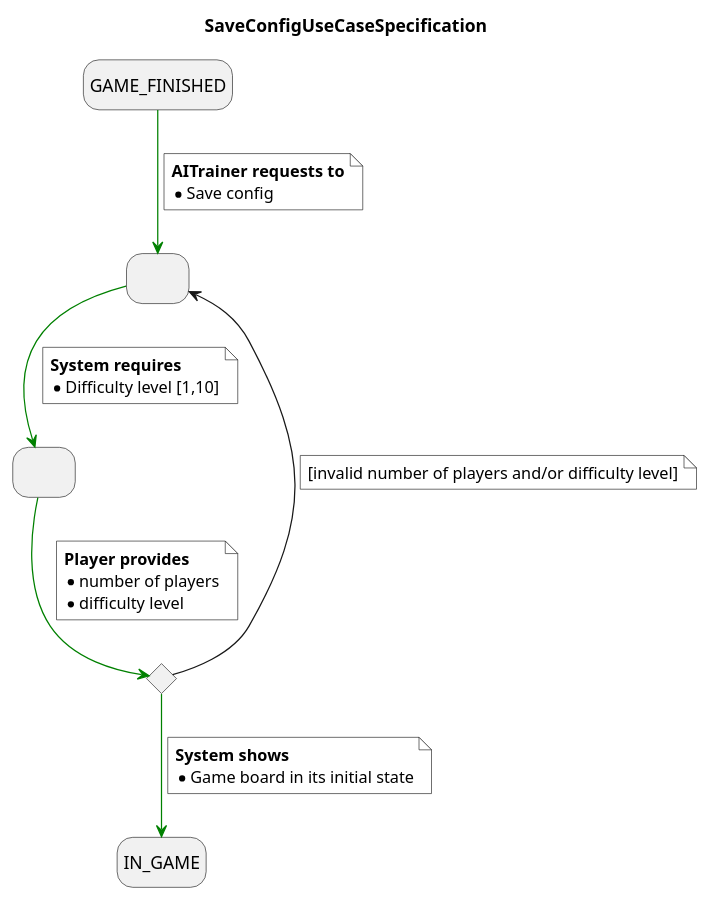
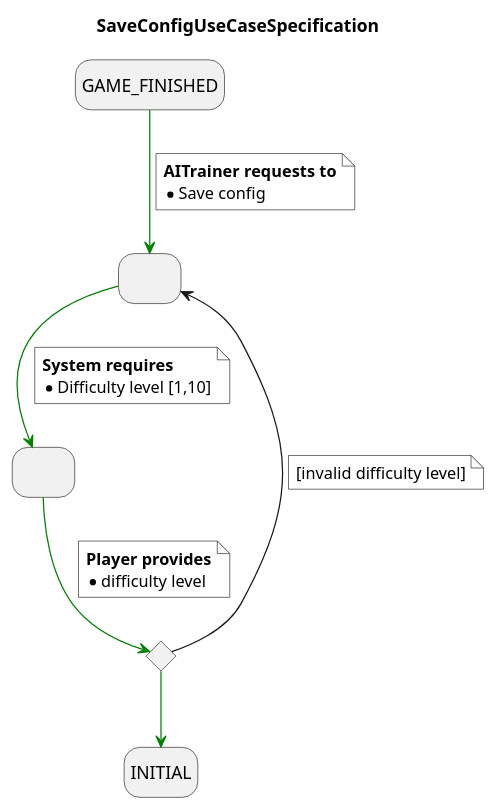
One commit to Master-Desarrollo-20-21/patrones-diseno---practica-final---juego-de-las-damas-fraylopez changed the diagram in docs/src/use-cases/specification/save-config-spec.plantuml. Above: the diagram before and after it, drawn with PlantUML. The commit also changed 22 other files, not shown here.

```diff
--- a/docs/src/use-cases/specification/save-config-spec.plantuml
+++ b/docs/src/use-cases/specification/save-config-spec.plantuml
@@ -1,40 +1,35 @@
 @startuml SaveConfigUseCaseSpecification
 title SaveConfigUseCaseSpecification
 skinparam NoteBackgroundColor white
 hide empty description
 
 state startedGame as " "
 state numberOfPlayers as " "
-state ifValidNumberOfPlayers <<choice>>
+state ifValidDifficultyLevel <<choice>>
 
 GAME_FINISHED -[#green]-> startedGame
 note on link #white
   <b>AITrainer requests to
   * Save config
 end note
 
 startedGame -[#green]-> numberOfPlayers
 note on link
   <b>System requires
   * Difficulty level [1,10]
 end note
 
-numberOfPlayers -[#green]-> ifValidNumberOfPlayers
+numberOfPlayers -[#green]-> ifValidDifficultyLevel
 note on link
   <b>Player provides
-  * number of players
   * difficulty level
 end note
 
-ifValidNumberOfPlayers --> startedGame
+ifValidDifficultyLevel --> startedGame
 note on link
-  [invalid number of players and/or difficulty level]
+  [invalid difficulty level]
 end note
 
-ifValidNumberOfPlayers -[#green]-> IN_GAME
-note on link
-  <b>System shows
-  * Game board in its initial state
-end note
+ifValidDifficultyLevel -[#green]-> INITIAL
 
 @enduml
```
